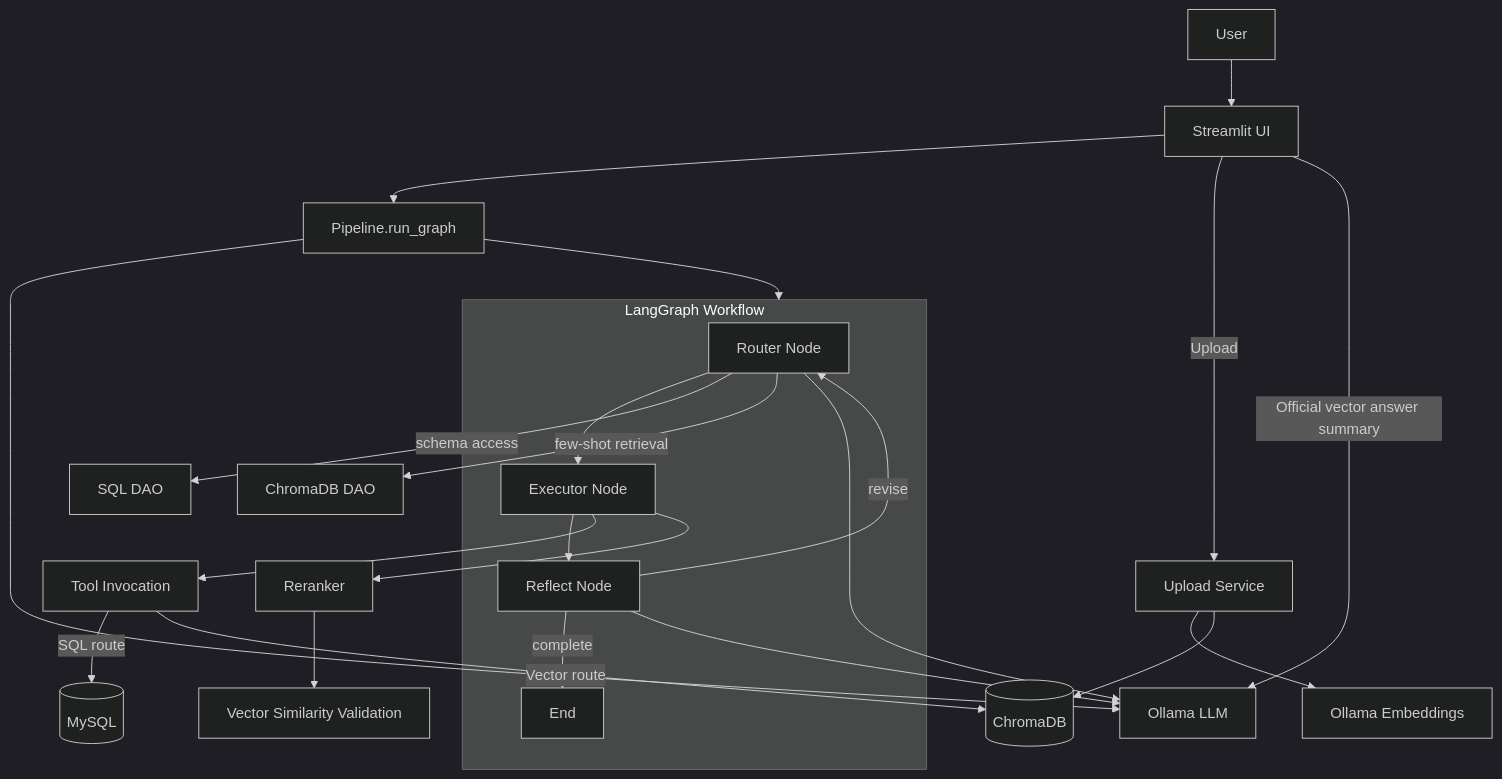
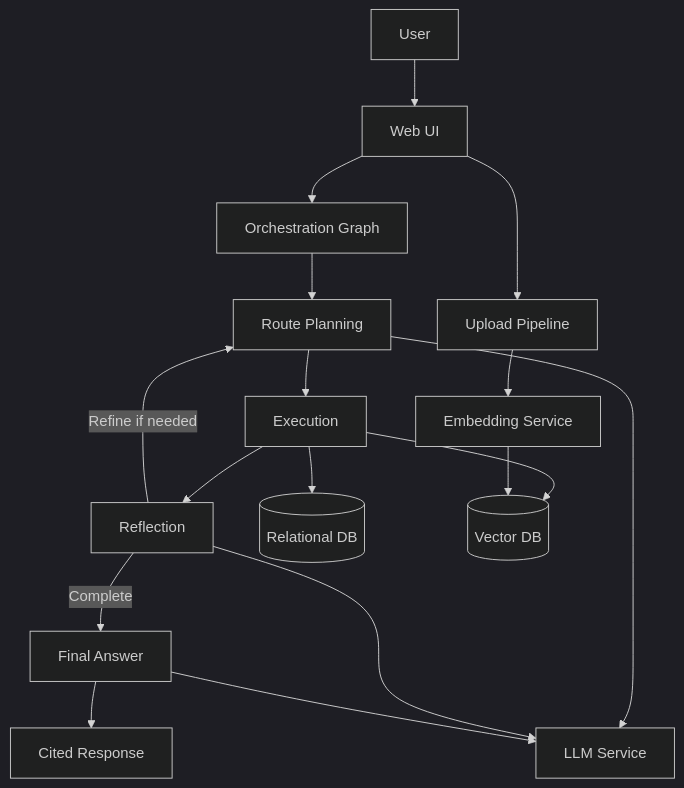
The first of 2 diagrams in DESIGN_DOCUMENT.md (arde1369/hybrid-search-agentic-rag), drawn with Mermaid (dark theme) before and after one commit. The commit also changed other lines of this file, not shown here.

````diff
--- a/DESIGN_DOCUMENT.md
+++ b/DESIGN_DOCUMENT.md
@@ -45,35 +65,24 @@
 ```mermaid
 flowchart TD
-    U[User] --> UI[Streamlit UI]
-    UI --> P[Pipeline.run_graph]
+  U[User] --> UI[Web UI]
+  UI --> ORCH[Orchestration Graph]
 
-    subgraph LG[LangGraph Workflow]
-      R[Router Node]
-      E[Executor Node]
-      F[Reflect Node]
-      R --> E --> F
-      F -->|revise| R
-      F -->|complete| END[End]
-    end
+  ORCH --> PLAN[Route Planning]
+  PLAN --> EXEC[Execution]
+  EXEC --> REF[Reflection]
+  REF -->|Refine if needed| PLAN
+  REF -->|Complete| OUT[Final Answer]
 
-    P --> LG
+  EXEC --> SQL[(Relational DB)]
+  EXEC --> VDB[(Vector DB)]
 
-    R -->|schema access| SQLDAO[SQL DAO]
-    R -->|few-shot retrieval| VDB[ChromaDB DAO]
+  OUT --> CITES[Cited Response]
 
-    E --> INV[Tool Invocation]
-    INV -->|SQL route| MYSQL[(MySQL)]
-    INV -->|Vector route| CHROMA[(ChromaDB)]
+  UI --> UP[Upload Pipeline]
+  UP --> EMB[Embedding Service]
+  EMB --> VDB
 
-    E --> RR[Reranker]
-    RR --> VV[Vector Similarity Validation]
-
-    UI -->|Upload| INGEST[Upload Service]
-    INGEST --> OLL_EMB[Ollama Embeddings]
-    INGEST --> CHROMA
-
-    P --> OLLAMA[Ollama LLM]
-    R --> OLLAMA
-    F --> OLLAMA
-    UI -->|Official vector answer summary| OLLAMA
+  PLAN --> LLM[LLM Service]
+  REF --> LLM
+  OUT --> LLM
 ```
````
